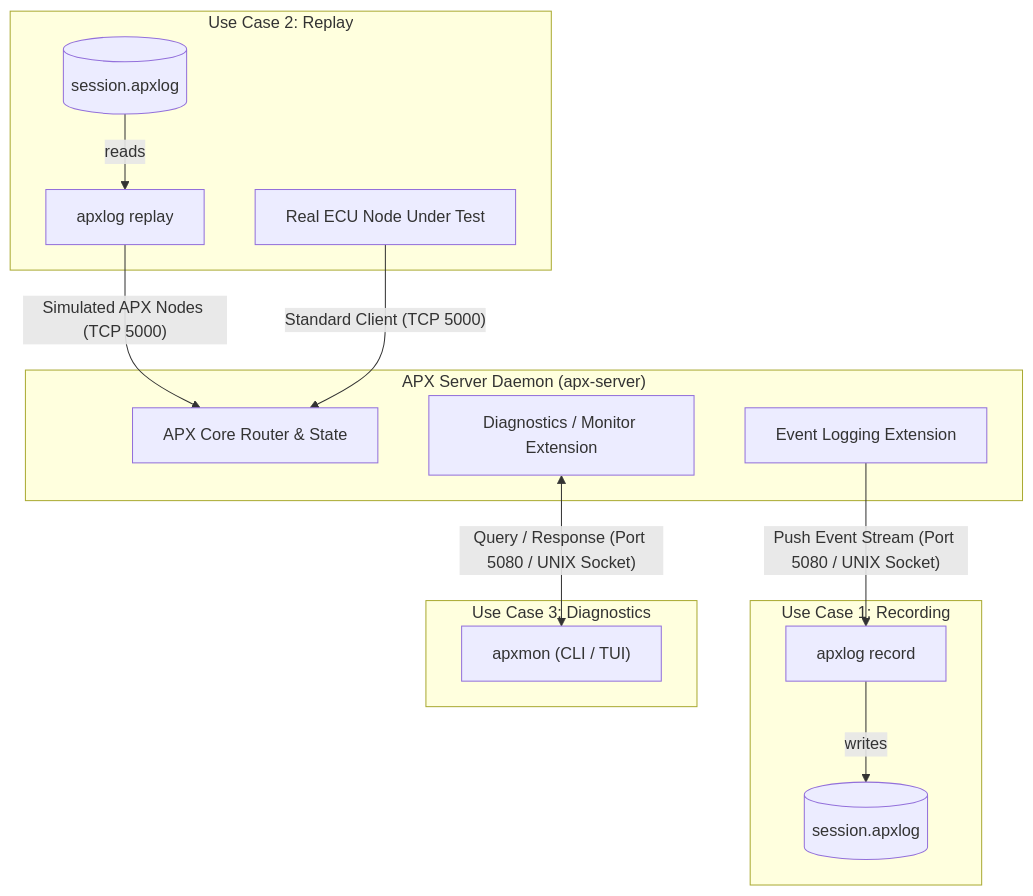
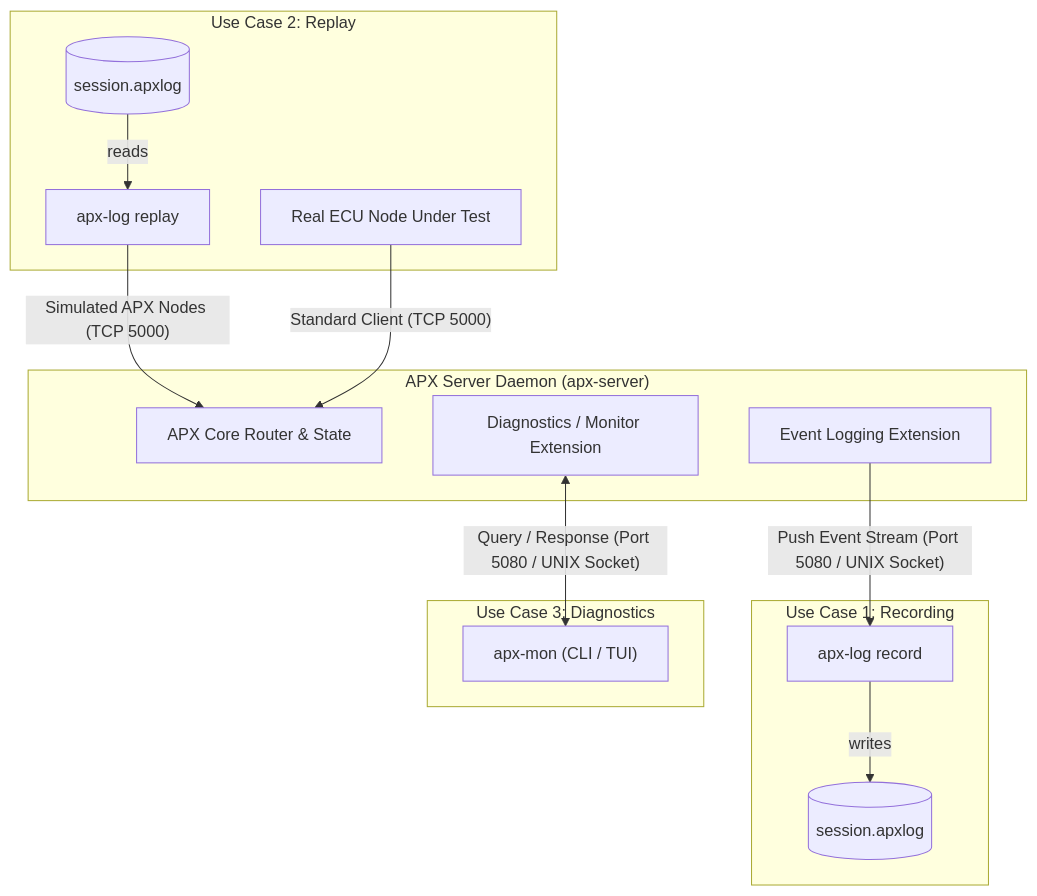
Before and after one commit to cogu/c-apx: the diagram in design/diagnostics_and_logging_architecture.md, drawn with Mermaid. The commit also changed other lines of this file and 16 other files, not shown here.

First line of the commit message:
refactor: rename apxmon to apx-mon

````diff
--- a/design/diagnostics_and_logging_architecture.md
+++ b/design/diagnostics_and_logging_architecture.md
@@ -17,29 +17,29 @@
 ```mermaid
 flowchart TD
     subgraph Server["APX Server Daemon (apx-server)"]
         Core["APX Core Router & State"]
         ExtDiag["Diagnostics / Monitor Extension"]
         ExtLog["Event Logging Extension"]
     end
 
     subgraph UC1["Use Case 1: Recording"]
-        ClientLog["apxlog record"]
+        ClientLog["apx-log record"]
         FileLog[("session.apxlog")]
         ClientLog -->|writes| FileLog
     end
 
     subgraph UC2["Use Case 2: Replay"]
         FileReplay[("session.apxlog")]
-        ClientReplay["apxlog replay"]
+        ClientReplay["apx-log replay"]
         FileReplay -->|reads| ClientReplay
         ClientReplay -->|"Simulated APX Nodes (TCP 5000)"| Core
         RealNode["Real ECU Node Under Test"] -->|"Standard Client (TCP 5000)"| Core
     end
 
     subgraph UC3["Use Case 3: Diagnostics"]
-        ClientMon["apxmon (CLI / TUI)"]
+        ClientMon["apx-mon (CLI / TUI)"]
     end
 
     ExtLog -->|"Push Event Stream (Port 5080 / UNIX Socket)"| ClientLog
     ExtDiag <-->|"Query / Response (Port 5080 / UNIX Socket)"| ClientMon
 ```
````
